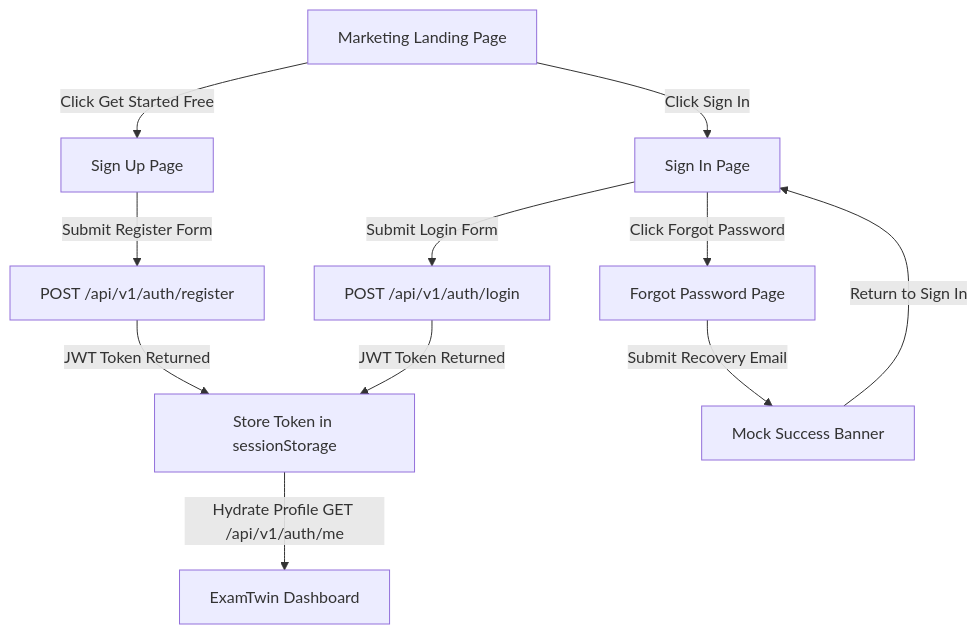
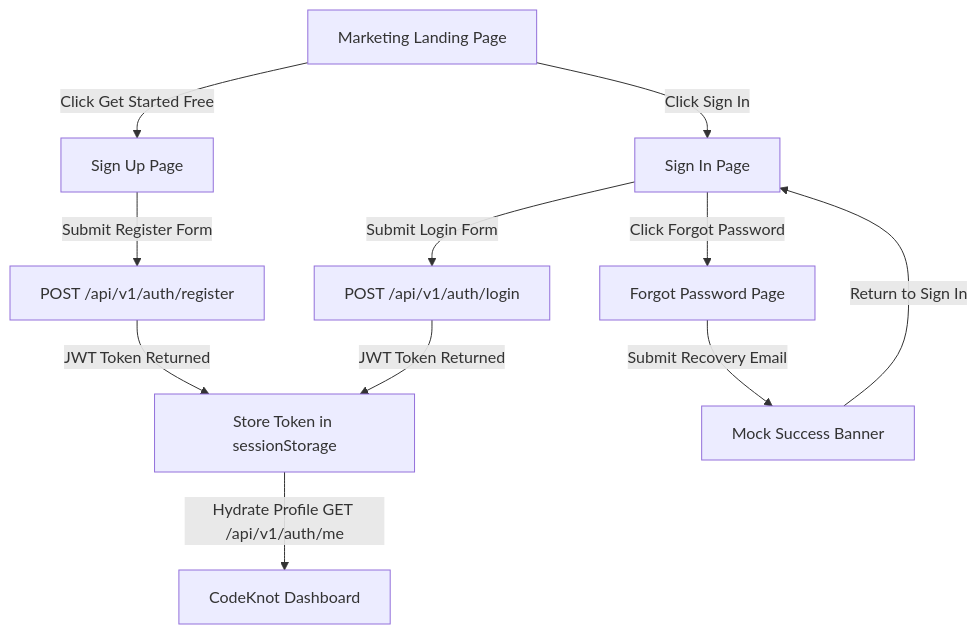
The first of 6 diagrams in docs/phase11_design_handoff.md (SHAW258/exam-twin-ai), drawn with Mermaid before and after one commit. The commit also changed other lines of this file and 79 other files, not shown here.

````diff
--- a/docs/phase11_design_handoff.md
+++ b/docs/phase11_design_handoff.md
@@ -68,13 +68,13 @@
 ```mermaid
 graph TD
     A[Marketing Landing Page] -->|Click Get Started Free| B[Sign Up Page]
     A -->|Click Sign In| C[Sign In Page]
     B -->|Submit Register Form| D[POST /api/v1/auth/register]
     C -->|Submit Login Form| E[POST /api/v1/auth/login]
     D -->|JWT Token Returned| F[Store Token in sessionStorage]
     E -->|JWT Token Returned| F
-    F -->|Hydrate Profile GET /api/v1/auth/me| G[ExamTwin Dashboard]
+    F -->|Hydrate Profile GET /api/v1/auth/me| G[CodeKnot Dashboard]
     C -->|Click Forgot Password| H[Forgot Password Page]
     H -->|Submit Recovery Email| I[Mock Success Banner]
     I -->|Return to Sign In| C
 ```
````
